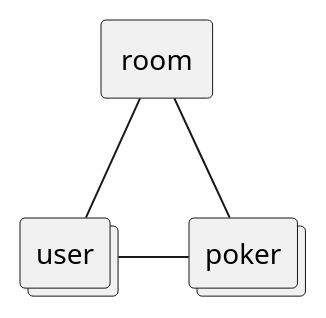
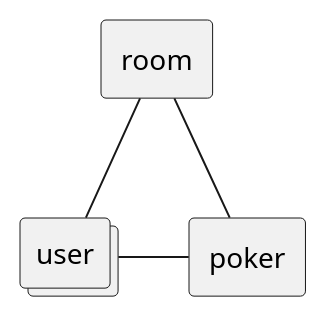
One commit to yuizho/salon changed the diagram in doc/product/data.puml. Above: the diagram before and after it, drawn with PlantUML. The commit also changed 1 other file, not shown here.

Commit message:
modify RDRA diagrams

```diff
--- a/doc/product/data.puml
+++ b/doc/product/data.puml
@@ -1,9 +1,9 @@
 @startuml
 agent room
 collections user
-collections poker
+agent poker
 
 room -- poker
 room -- user
 user - poker
 @enduml
```
